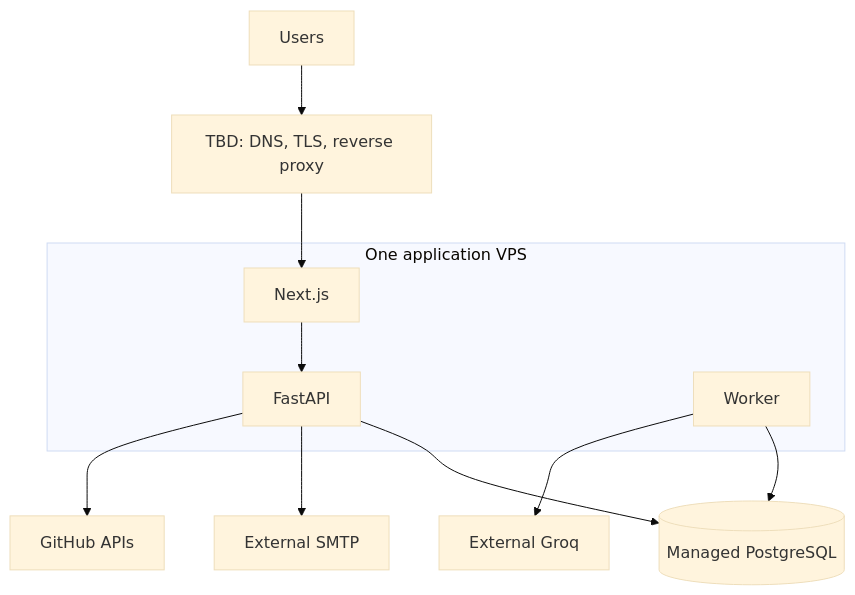
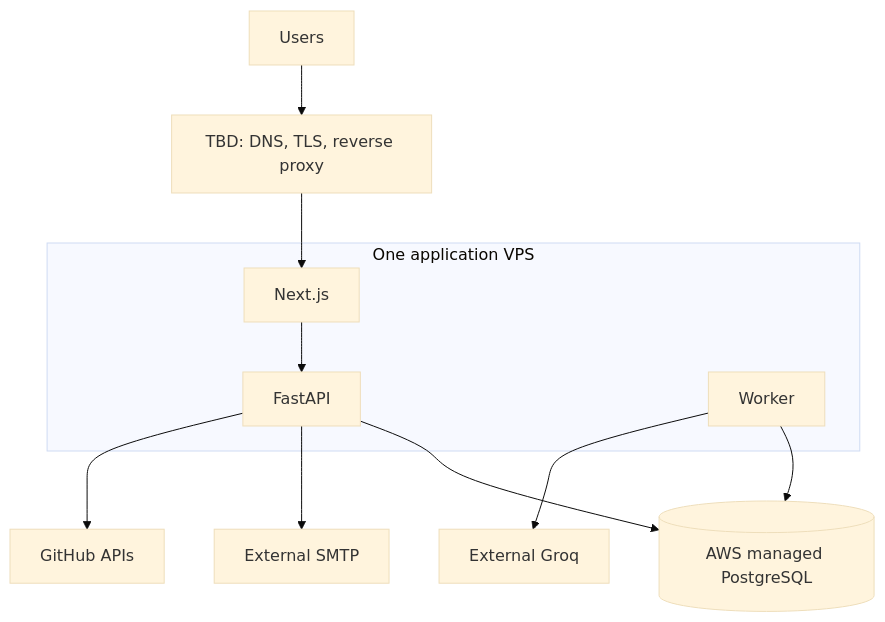
The second of 2 diagrams in docs/ARCHITECTURE.md (VladimirMalevanik/flare), drawn with Mermaid (base theme) before and after one commit. The commit also changed other lines of this file and 8 other files, not shown here.

````diff
--- a/docs/ARCHITECTURE.md
+++ b/docs/ARCHITECTURE.md
@@ -273,16 +290,16 @@
 ```mermaid
 flowchart TB
     Internet[Users] --> Edge[TBD: DNS, TLS, reverse proxy]
     subgraph VPS[One application VPS]
         Frontend[Next.js]
         API[FastAPI]
         Worker[Worker]
     end
     Edge --> Frontend
     Frontend --> API
-    API --> ManagedDB[(Managed PostgreSQL)]
+    API --> ManagedDB[(AWS managed PostgreSQL)]
     Worker --> ManagedDB
     Worker --> Groq[External Groq]
     API --> SMTP[External SMTP]
     API --> GitHub[GitHub APIs]
 ```
````
